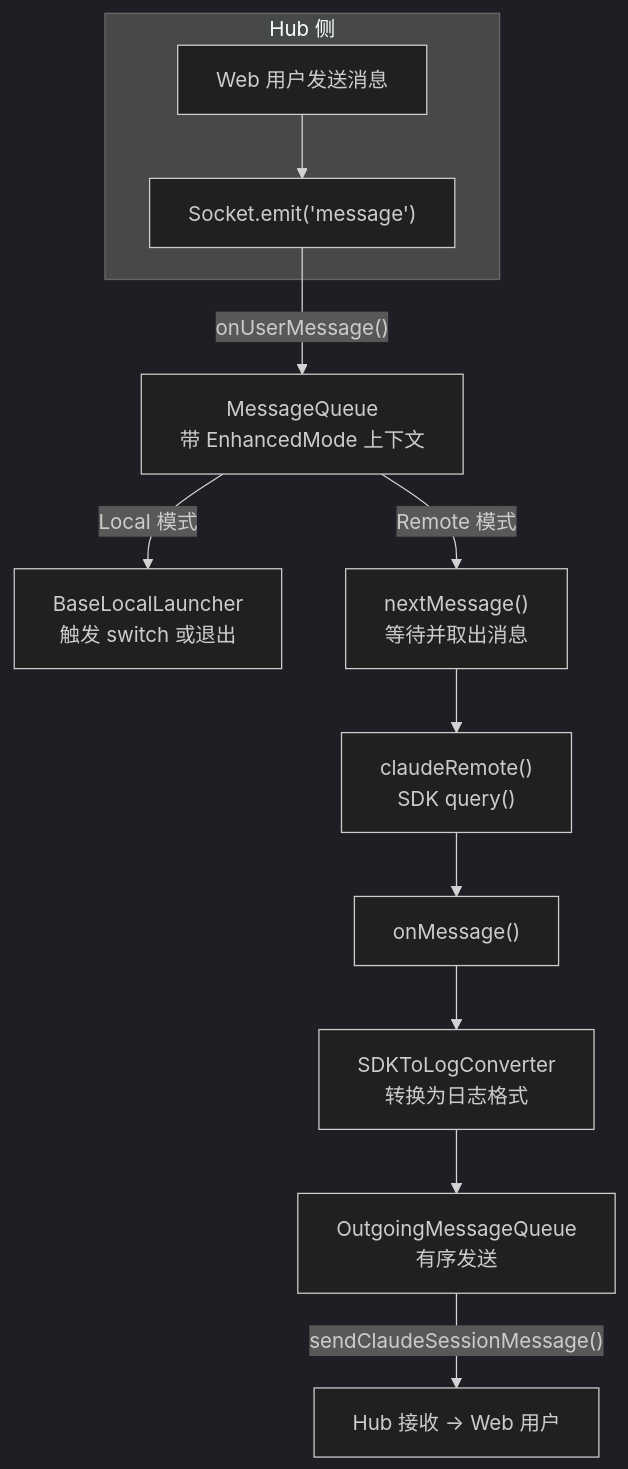
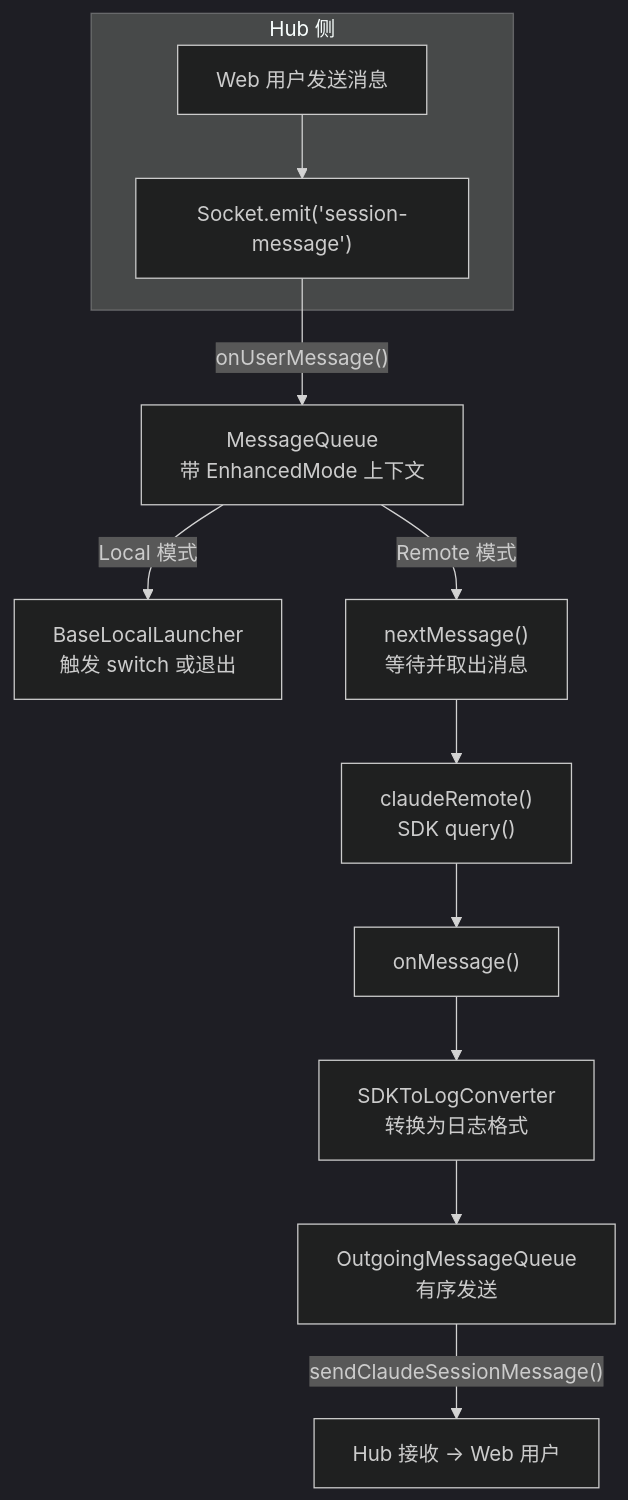
The sixth of 7 diagrams in docs/architecture/cli/commands/claude/README.md (ModuBit/mobi), drawn with Mermaid (dark theme) before and after one commit. The commit also changed other lines of this file and 42 other files, not shown here.

````diff
--- a/docs/architecture/cli/commands/claude/README.md
+++ b/docs/architecture/cli/commands/claude/README.md
@@ -336,17 +336,17 @@
 ```mermaid
 flowchart TB
     subgraph Hub["Hub 侧"]
-        User["Web 用户发送消息"] --> Emit["Socket.emit('message')"]
+        User["Web 用户发送消息"] --> Emit["Socket.emit('session-message')"]
     end
 
     Emit -->|"onUserMessage()"| Queue["MessageQueue<br/>带 EnhancedMode 上下文"]
 
     Queue -->|"Local 模式"| LocalPath["BaseLocalLauncher<br/>触发 switch 或退出"]
     Queue -->|"Remote 模式"| RemotePath["nextMessage()<br/>等待并取出消息"]
 
     RemotePath --> SDK["claudeRemote()<br/>SDK query()"]
     SDK --> OnMsg["onMessage()"]
     OnMsg --> Convert["SDKToLogConverter<br/>转换为日志格式"]
     Convert --> Outgoing["OutgoingMessageQueue<br/>有序发送"]
     Outgoing -->|"sendClaudeSessionMessage()"| HubRecv["Hub 接收 → Web 用户"]
 ```
````
